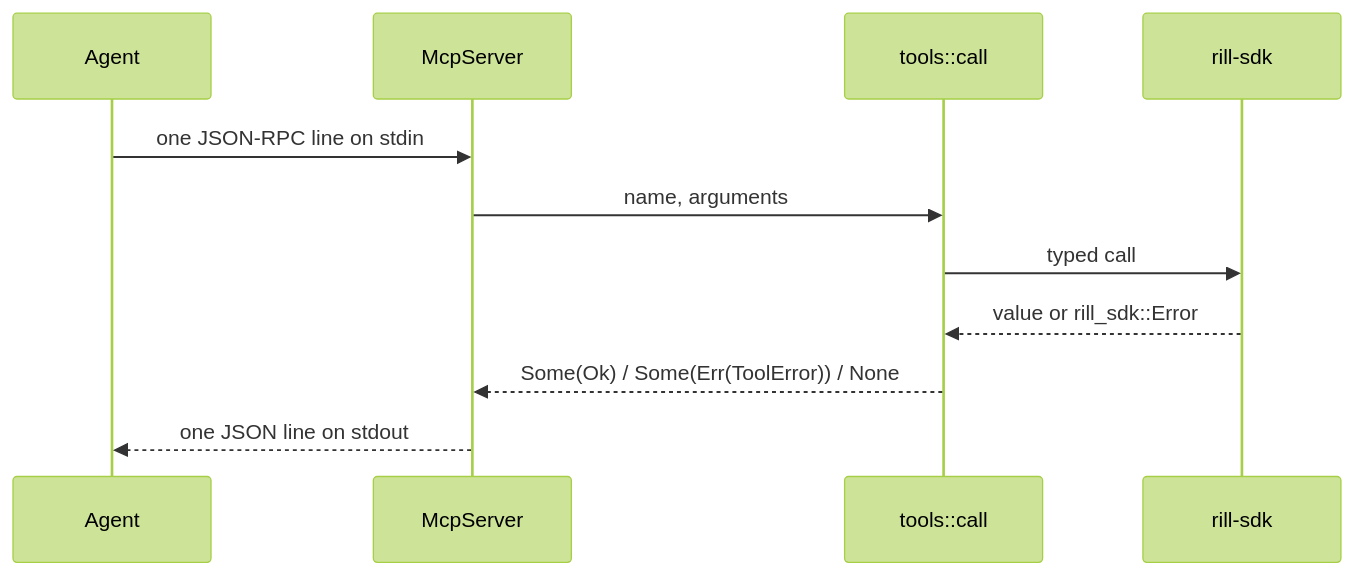
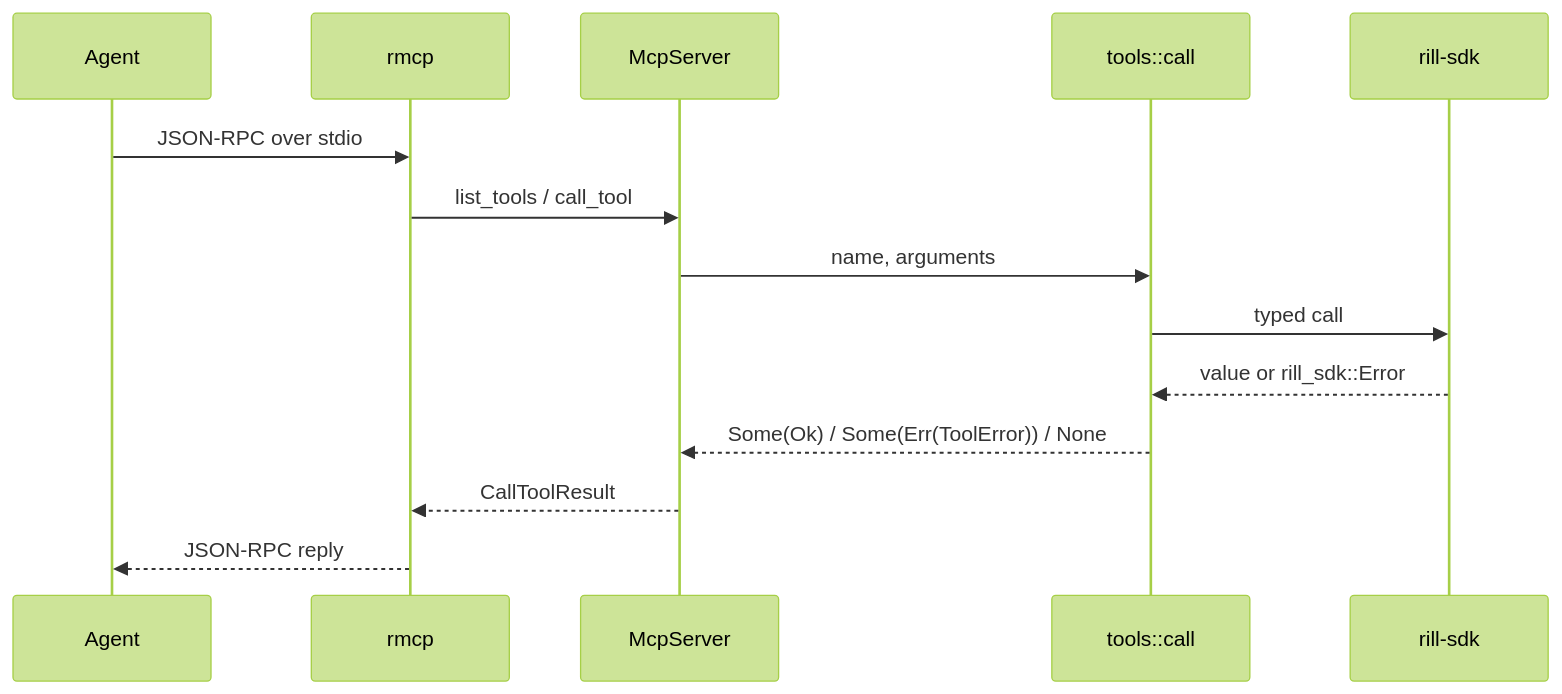
One commit to envoy1084/rill changed the diagram in architecture/08-clients/mcp.md. Above: the diagram before and after it, drawn with Mermaid (forest theme). The commit also changed other lines of this file and 9 other files, not shown here.

````diff
--- a/architecture/08-clients/mcp.md
+++ b/architecture/08-clients/mcp.md
@@ -12,13 +14,16 @@
 ```mermaid
 sequenceDiagram
     participant Ag as Agent
+    participant Rm as rmcp
     participant Sv as McpServer
     participant Tl as tools::call
     participant Sdk as rill-sdk
-    Ag->>Sv: one JSON-RPC line on stdin
+    Ag->>Rm: JSON-RPC over stdio
+    Rm->>Sv: list_tools / call_tool
     Sv->>Tl: name, arguments
     Tl->>Sdk: typed call
     Sdk-->>Tl: value or rill_sdk::Error
     Tl-->>Sv: Some(Ok) / Some(Err(ToolError)) / None
-    Sv-->>Ag: one JSON line on stdout
+    Sv-->>Rm: CallToolResult
+    Rm-->>Ag: JSON-RPC reply
 ```
````
